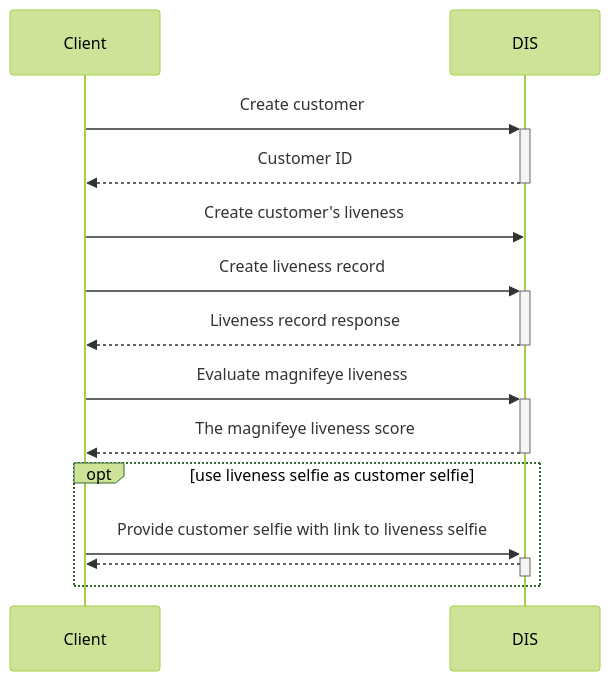
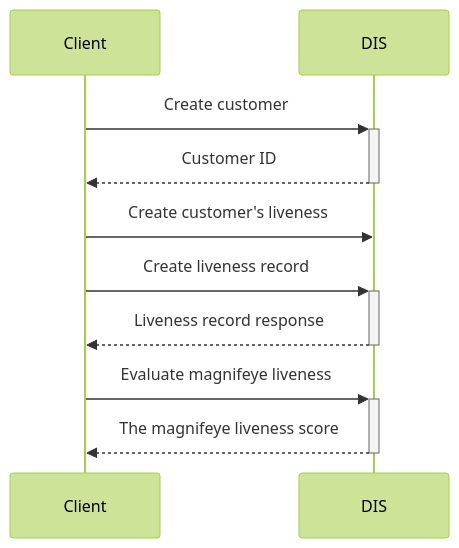
The ninth of 20 diagrams in README.MD (innovatrics/dot-digital-identity-service-java-samples), drawn with Mermaid (forest theme) before and after one commit. The commit also changed other lines of this file and 1 other file, not shown here.

Commit message:
DOT Digital Identity Service Java Samples release - 1.4.1

````diff
--- a/README.MD
+++ b/README.MD
@@ -210,17 +210,13 @@
 ```mermaid
 sequenceDiagram
     participant Client
     participant DIS
 
     Client->>+DIS: Create customer
     DIS-->>-Client: Customer ID
     Client->>DIS: Create customer's liveness
     Client->>+DIS: Create liveness record
     DIS-->>-Client: Liveness record response
     Client->>+DIS: Evaluate magnifeye liveness
     DIS-->>-Client: The magnifeye liveness score
-    opt use liveness selfie as customer selfie
-    Client->>+DIS: Provide customer selfie with link to liveness selfie
-    DIS-->>-Client: 
-    end
 ```
````
